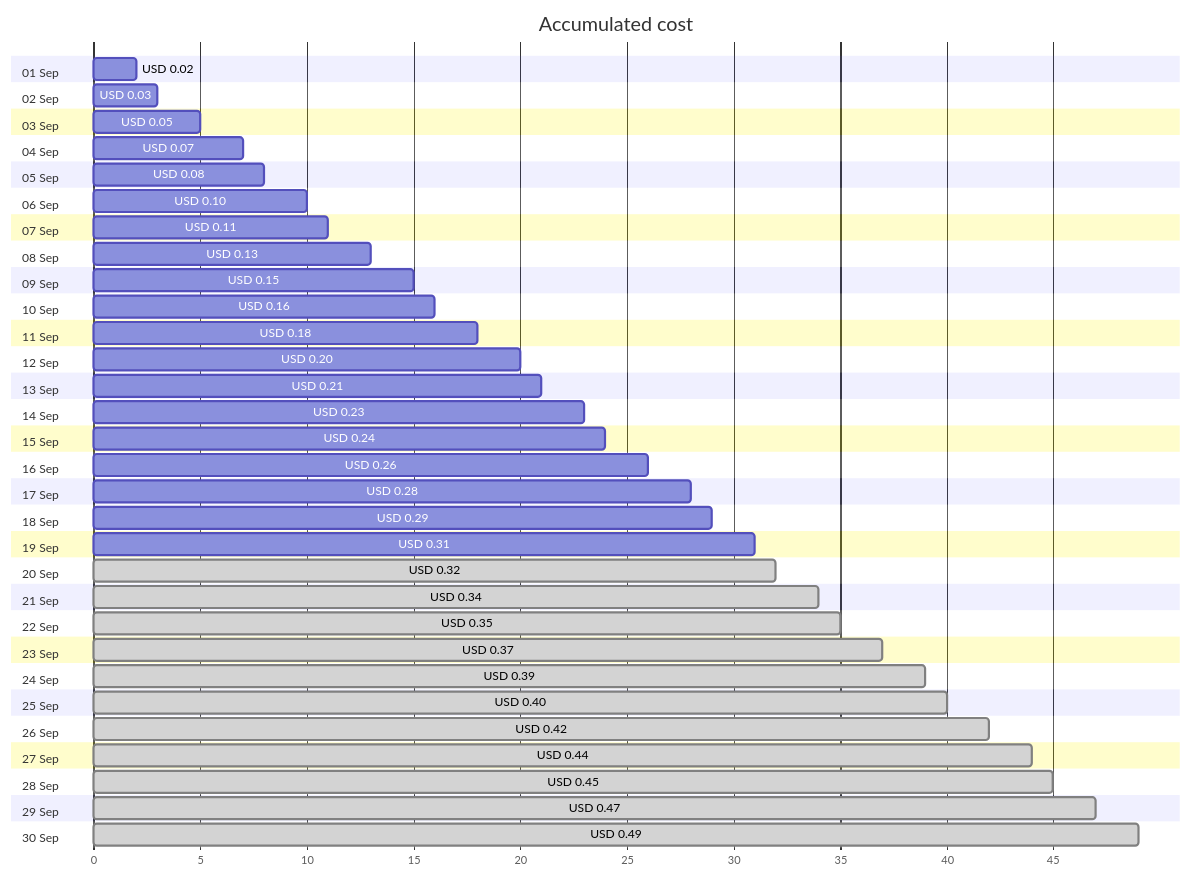
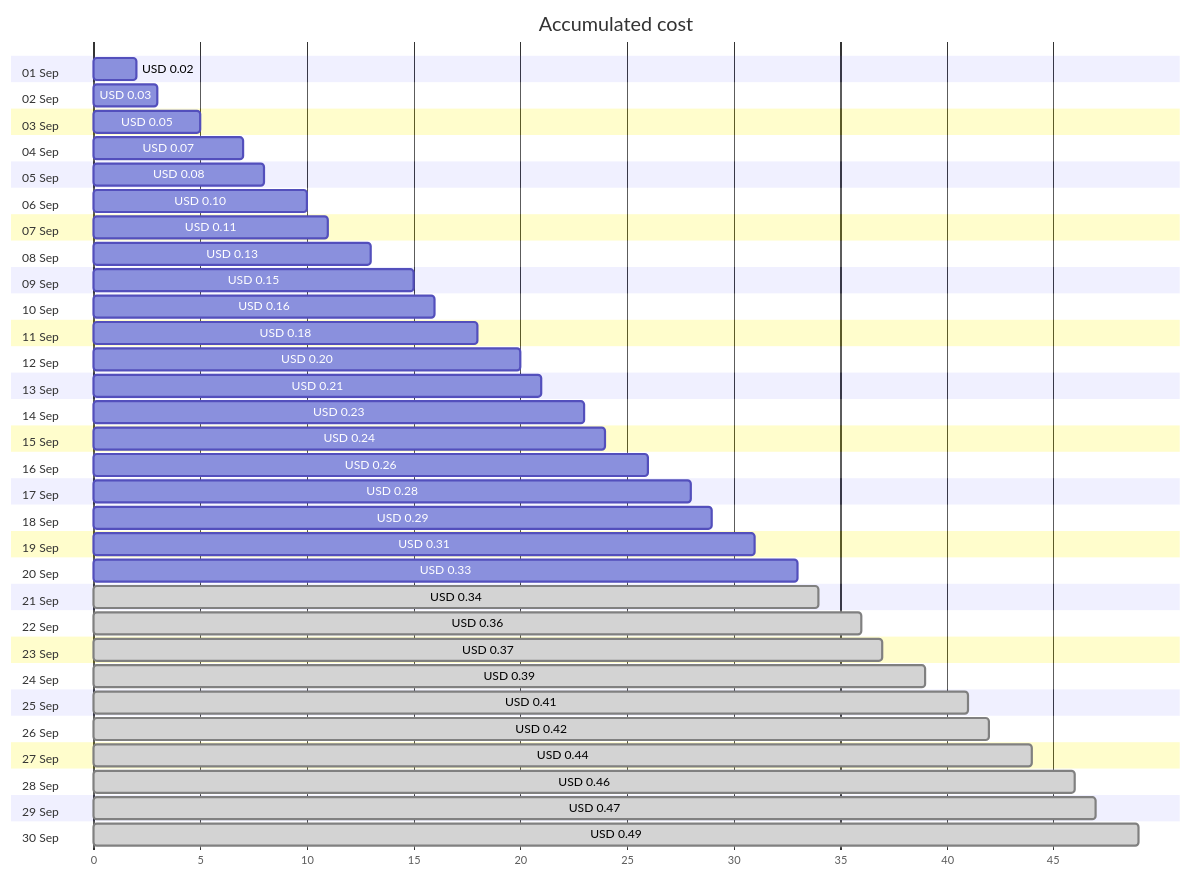
One commit to jpfulton/azure-personal-reports changed the first of 4 diagrams in cost-reports/personal-dns/jpatrickfulton.dev.md. Above: the diagram before and after it, drawn with Mermaid. The commit also changed other lines of this file and 2 other files, not shown here.

````diff
--- a/cost-reports/personal-dns/jpatrickfulton.dev.md
+++ b/cost-reports/personal-dns/jpatrickfulton.dev.md
@@ -20,66 +20,66 @@
 ```mermaid
 gantt
    title Accumulated cost
    dateFormat  X
    axisFormat %s
    section 01 Sep
    USD 0.02 :0, 2
    section 02 Sep
    USD 0.03 :0, 3
    section 03 Sep
    USD 0.05 :0, 5
    section 04 Sep
    USD 0.07 :0, 7
    section 05 Sep
    USD 0.08 :0, 8
    section 06 Sep
    USD 0.10 :0, 10
    section 07 Sep
    USD 0.11 :0, 11
    section 08 Sep
    USD 0.13 :0, 13
    section 09 Sep
    USD 0.15 :0, 15
    section 10 Sep
    USD 0.16 :0, 16
    section 11 Sep
    USD 0.18 :0, 18
    section 12 Sep
    USD 0.20 :0, 20
    section 13 Sep
    USD 0.21 :0, 21
    section 14 Sep
    USD 0.23 :0, 23
    section 15 Sep
    USD 0.24 :0, 24
    section 16 Sep
    USD 0.26 :0, 26
    section 17 Sep
    USD 0.28 :0, 28
    section 18 Sep
    USD 0.29 :0, 29
    section 19 Sep
    USD 0.31 :0, 31
    section 20 Sep
-   USD 0.32 : done, 0, 32
+   USD 0.33 :0, 33
    section 21 Sep
    USD 0.34 : done, 0, 34
    section 22 Sep
-   USD 0.35 : done, 0, 35
+   USD 0.36 : done, 0, 36
    section 23 Sep
    USD 0.37 : done, 0, 37
    section 24 Sep
    USD 0.39 : done, 0, 39
    section 25 Sep
-   USD 0.40 : done, 0, 40
+   USD 0.41 : done, 0, 41
    section 26 Sep
    USD 0.42 : done, 0, 42
    section 27 Sep
    USD 0.44 : done, 0, 44
    section 28 Sep
-   USD 0.45 : done, 0, 45
+   USD 0.46 : done, 0, 46
    section 29 Sep
    USD 0.47 : done, 0, 47
    section 30 Sep
    USD 0.49 : done, 0, 49
 ```
````
